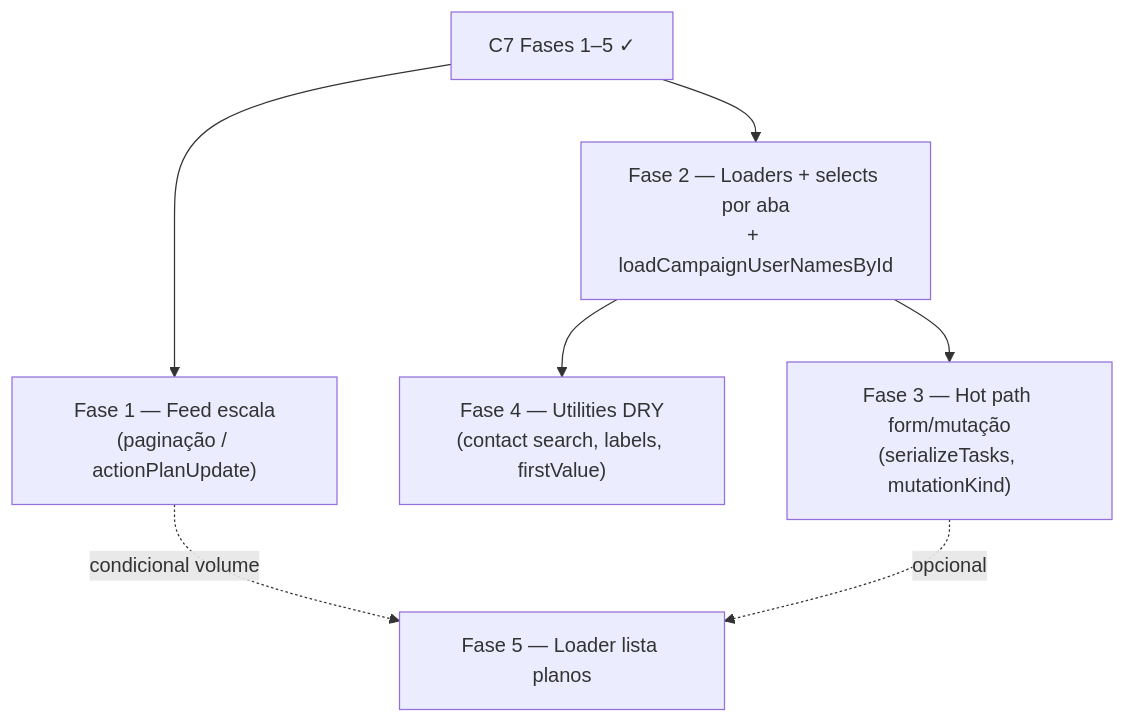
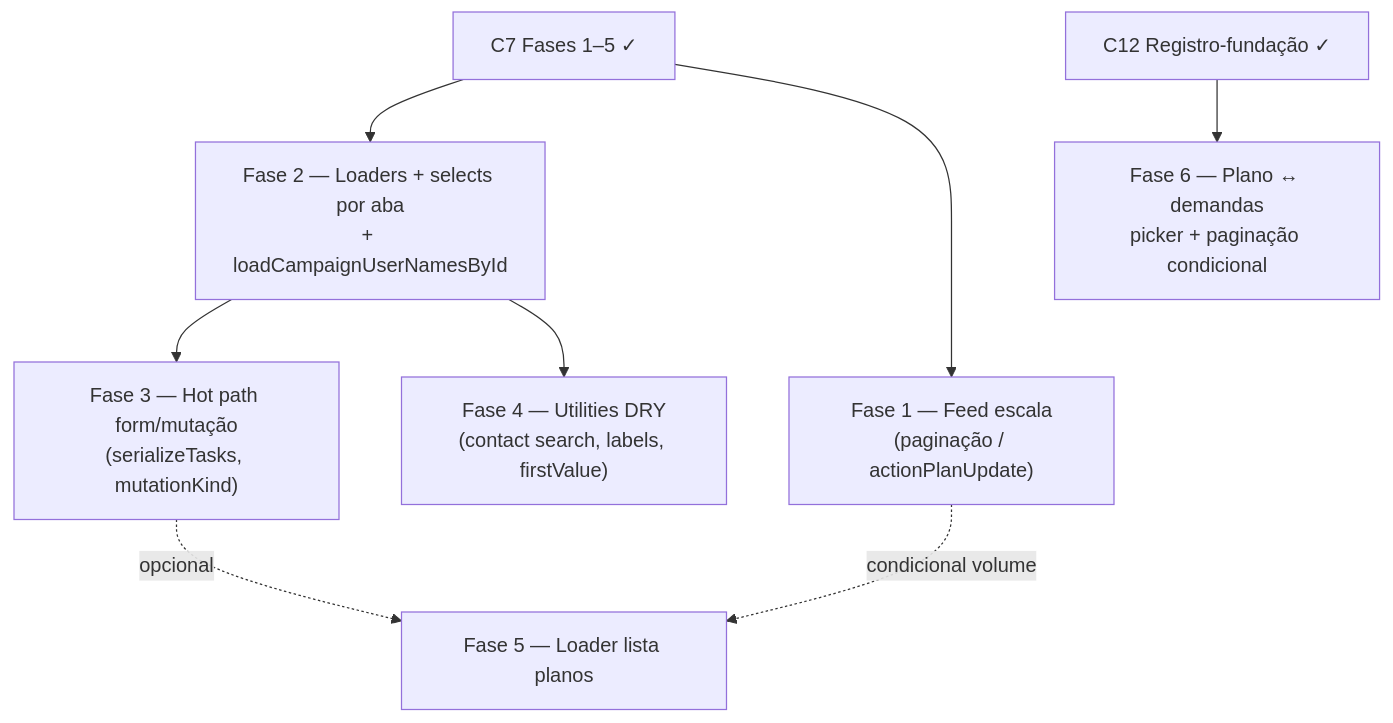
The diagram in docs/plans/escala-dry-pos-c7.md (fsolla/teqo), drawn with Mermaid before and after one commit. The commit also changed other lines of this file and 43 other files, not shown here.

````diff
--- a/docs/plans/escala-dry-pos-c7.md
+++ b/docs/plans/escala-dry-pos-c7.md
@@ -60,11 +69,12 @@
 ```mermaid
 flowchart TD
     C7["C7 Fases 1–5 ✓"] --> F2
     F2["Fase 2 — Loaders + selects por aba<br/>+ loadCampaignUserNamesById"]
   F2 --> F3["Fase 3 — Hot path form/mutação<br/>(serializeTasks, mutationKind)"]
   F2 --> F4["Fase 4 — Utilities DRY<br/>(contact search, labels, firstValue)"]
   F1["Fase 1 — Feed escala<br/>(paginação / actionPlanUpdate)"]
   C7 --> F1
   F1 -.condicional volume.-> F5["Fase 5 — Loader lista planos"]
   F3 -.opcional.-> F5
+  C12["C12 Registro-fundação ✓"] --> F6["Fase 6 — Plano ↔ demandas<br/>picker + paginação condicional"]
 ```
````
